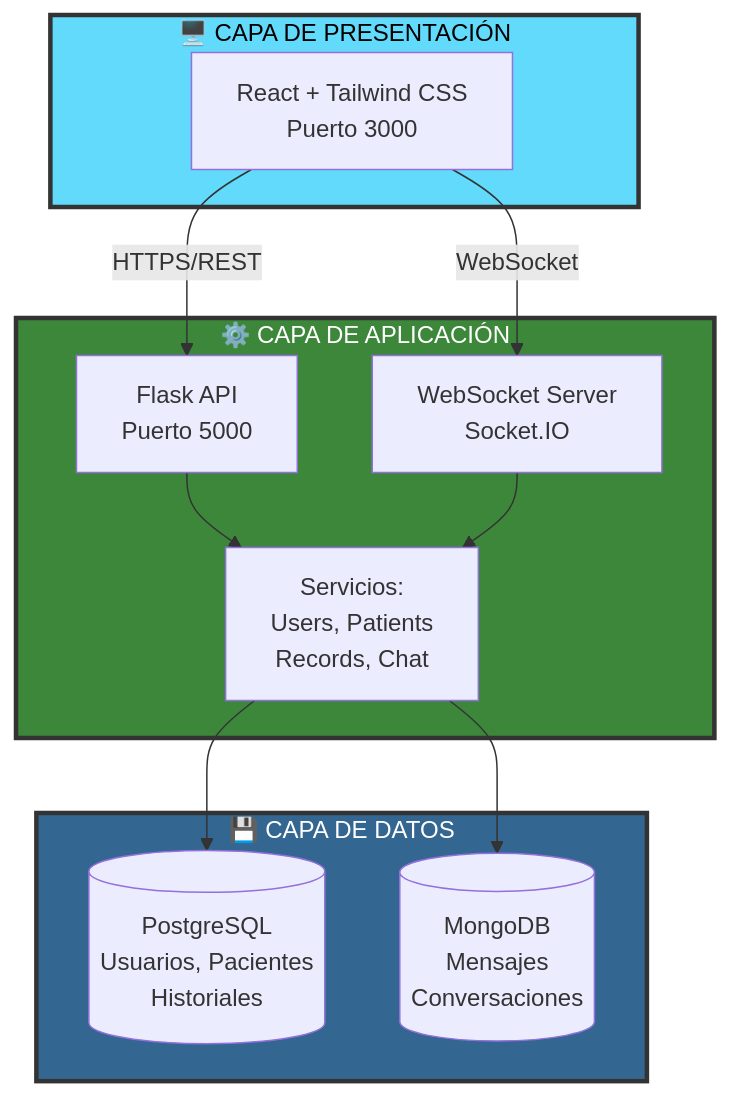
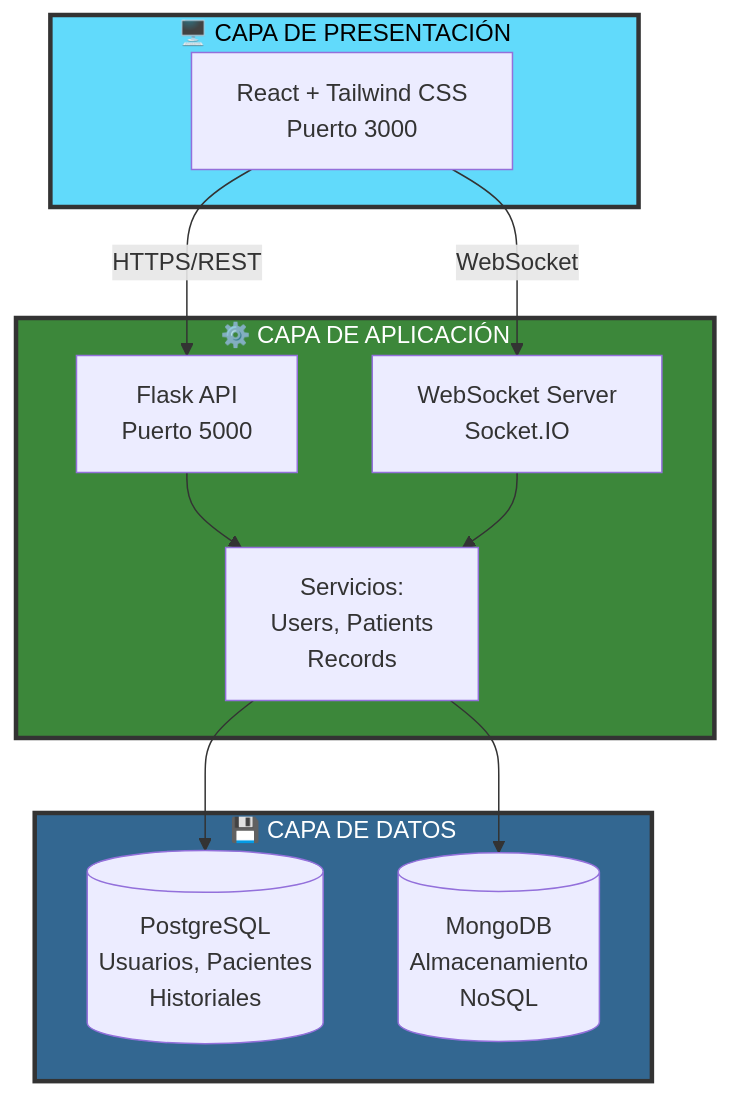
Before and after one commit to dIAgnoseTeam/dIAgnose: the first of 5 diagrams in README.md, drawn with Mermaid. The commit also changed other lines of this file, not shown here.

````diff
--- a/README.md
+++ b/README.md
@@ -38,32 +38,32 @@
 ```mermaid
 graph TB
     subgraph Client["🖥️ CAPA DE PRESENTACIÓN"]
         UI[React + Tailwind CSS<br/>Puerto 3000]
     end
     
     subgraph API["⚙️ CAPA DE APLICACIÓN"]
         Flask[Flask API<br/>Puerto 5000]
         WS[WebSocket Server<br/>Socket.IO]
         
-        Services[Servicios:<br/>Users, Patients<br/>Records, Chat]
+    Services[Servicios:<br/>Users, Patients<br/>Records]
     end
     
     subgraph Database["💾 CAPA DE DATOS"]
         PG[(PostgreSQL<br/>Usuarios, Pacientes<br/>Historiales)]
         
-        MDB[(MongoDB<br/>Mensajes<br/>Conversaciones)]
+    MDB[(MongoDB<br/>Almacenamiento<br/>NoSQL)]
     end
     
     UI -->|HTTPS/REST| Flask
     UI -->|WebSocket| WS
     
     Flask --> Services
     WS --> Services
     
     Services --> PG
     Services --> MDB
     
     style Client fill:#61dafb,stroke:#333,stroke-width:3px,color:#000
     style API fill:#3c873a,stroke:#333,stroke-width:3px,color:#fff
     style Database fill:#336791,stroke:#333,stroke-width:3px,color:#fff
 ```
````
